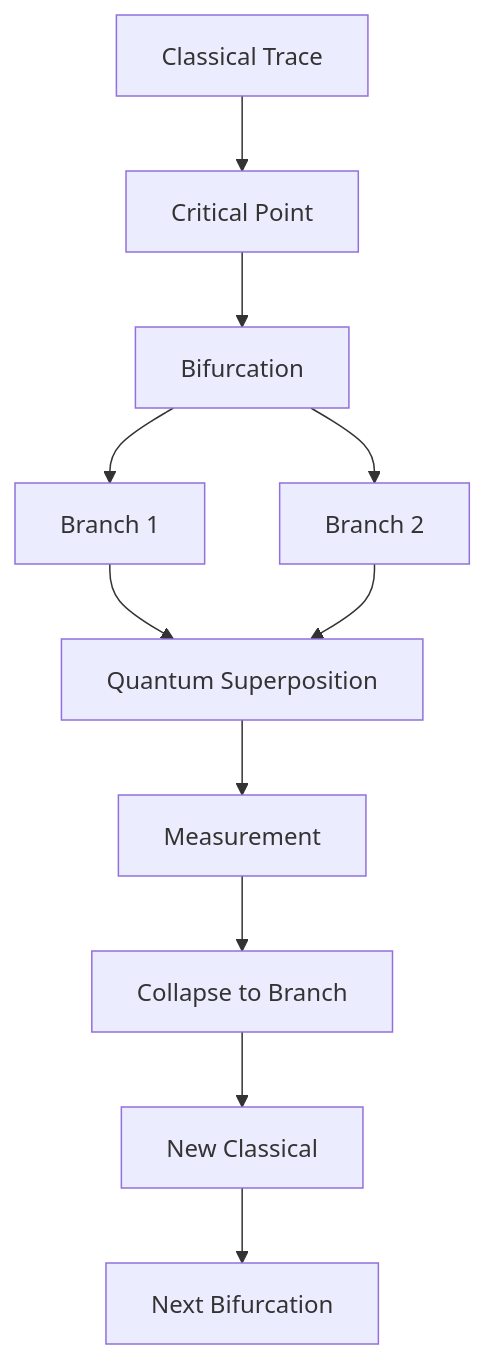
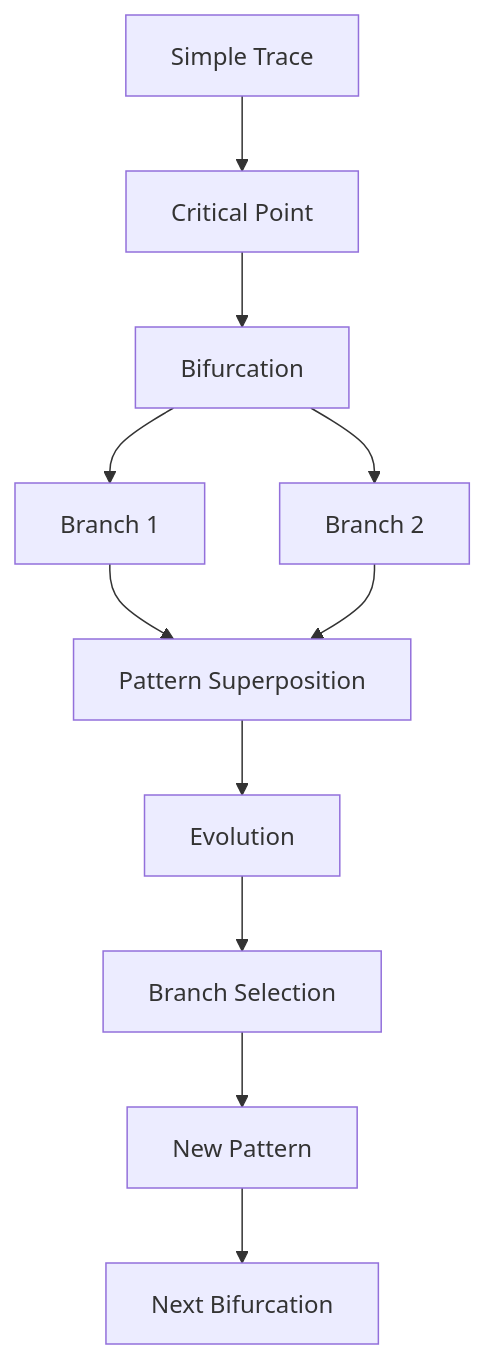
One commit to loning/the-phys changed the first of 2 diagrams in docs/psi-structum/book-1-collapse-ontology/part-02-golden-trace-spectral/chapter-029-reality-bifurcations-traces.md. Above: the diagram before and after it, drawn with Mermaid. The commit also changed other lines of this file and 20 other files, not shown here.

````diff
--- a/docs/psi-structum/book-1-collapse-ontology/part-02-golden-trace-spectral/chapter-029-reality-bifurcations-traces.md
+++ b/docs/psi-structum/book-1-collapse-ontology/part-02-golden-trace-spectral/chapter-029-reality-bifurcations-traces.md
@@ -84,13 +84,13 @@
 ```mermaid
 graph TD
-    A[Classical Trace] --> B[Critical Point]
+    A[Simple Trace] --> B[Critical Point]
     B --> C[Bifurcation]
     C --> D[Branch 1]
     C --> E[Branch 2]
-    D --> F[Quantum Superposition]
+    D --> F[Pattern Superposition]
     E --> F
-    F --> G[Measurement]
-    G --> H[Collapse to Branch]
-    H --> I[New Classical]
+    F --> G[Evolution]
+    G --> H[Branch Selection]
+    H --> I[New Pattern]
     I --> J[Next Bifurcation]
 ```
````
